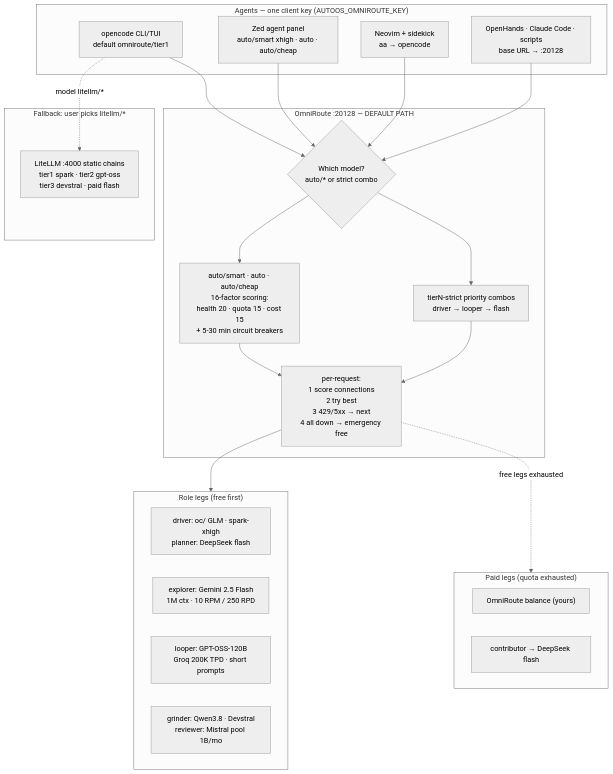
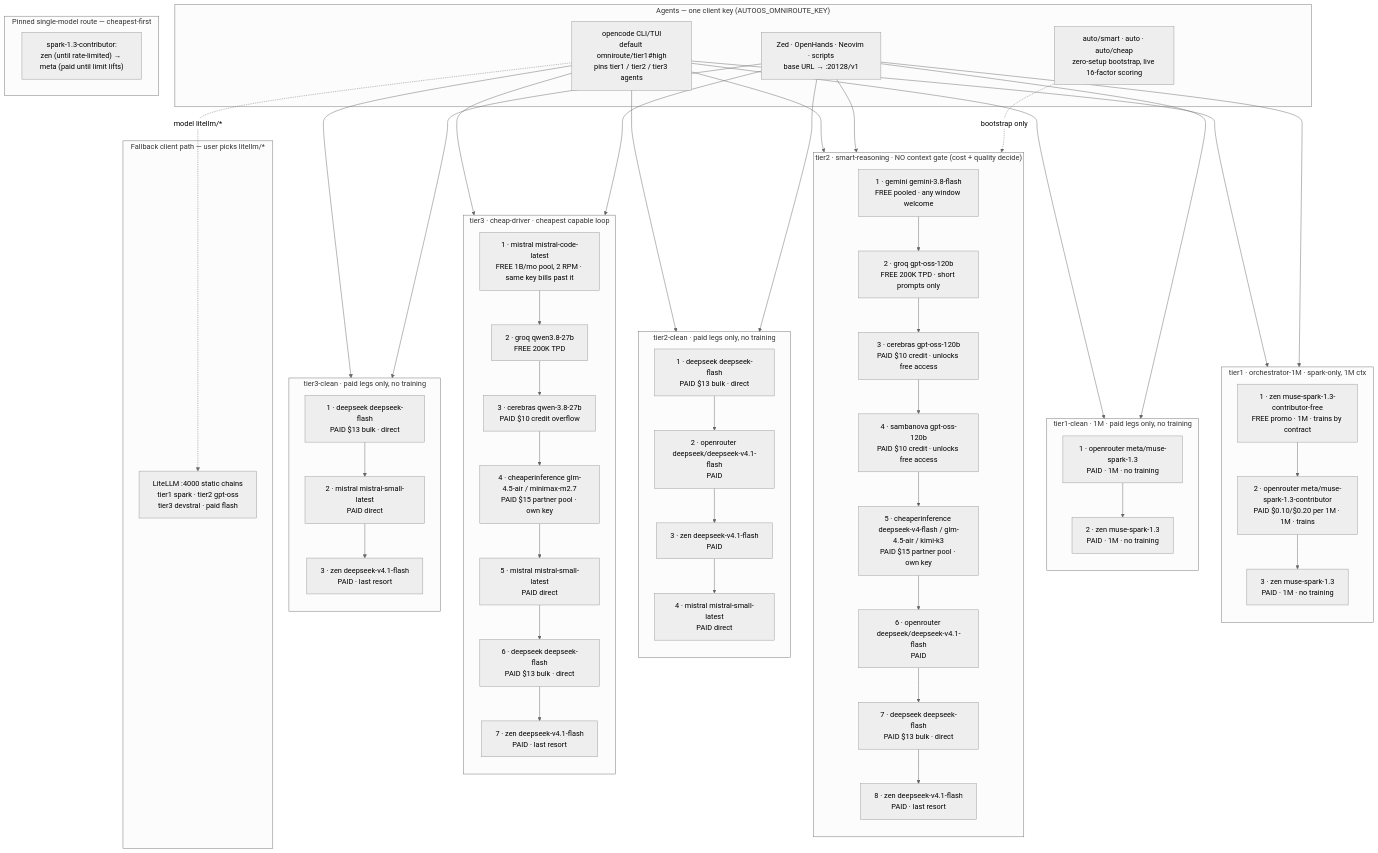
The diagram in docs/models.md (Ch3fUlrich/AutoOS), drawn with Mermaid (neutral theme) before and after one commit. The commit also changed other lines of this file, not shown here.

````diff
--- a/docs/models.md
+++ b/docs/models.md
@@ -245,34 +273,78 @@
 ```mermaid
 flowchart TB
     subgraph clients["Agents — one client key (AUTOOS_OMNIROUTE_KEY)"]
-        OC["opencode CLI/TUI\ndefault omniroute/tier1"]
-        ZED["Zed agent panel\nauto/smart xhigh · auto · auto/cheap"]
-        NV["Neovim + sidekick\n<leader>aa → opencode"]
-        OH["OpenHands · Claude Code · scripts\nbase URL → :20128"]
+        OC["opencode CLI/TUI\ndefault omniroute/tier1#high\npins tier1 / tier2 / tier3 agents"]
+        LB["Zed · OpenHands · Neovim · scripts\nbase URL → :20128/v1"]
+        AUTO["auto/smart · auto · auto/cheap\nzero-setup bootstrap, live 16-factor scoring"]
     end
-    subgraph or["OmniRoute :20128 — DEFAULT PATH"]
-        SEL{"Which model?\nauto/* or strict combo"}
-        AUTO["auto/smart · auto · auto/cheap\n16-factor scoring:\nhealth 20 · quota 15 · cost 15\n+ 5-30 min circuit breakers"]
-        PRI["tierN-strict priority combos\ndriver → looper → flash"]
-        SCORE["per-request:\n1 score connections\n2 try best\n3 429/5xx → next\n4 all down → emergency free"]
+
+    subgraph t1["tier1 · orchestrator-1M · spark-only, 1M ctx"]
+        direction TB
+        T1A["1 · zen muse-spark-1.3-contributor-free\nFREE promo · 1M · trains by contract"]
+        T1B["2 · openrouter meta/muse-spark-1.3-contributor\nPAID $0.10/$0.20 per 1M · 1M · trains"]
+        T1C["3 · zen muse-spark-1.3\nPAID · 1M · no training"]
+        T1A --> T1B --> T1C
     end
-    subgraph roles["Role legs (free first)"]
-        DRV["driver: oc/ GLM · spark-xhigh\nplanner: DeepSeek flash"]
-        EXP["explorer: Gemini 2.5 Flash\n1M ctx · 10 RPM / 250 RPD"]
-        LOOP["looper: GPT-OSS-120B\nGroq 200K TPD · short prompts"]
-        GRIND["grinder: Qwen3.8 · Devstral\nreviewer: Mistral pool 1B/mo"]
+
+    subgraph t1c["tier1-clean · 1M · paid legs only, no training"]
+        direction TB
+        T1CA["1 · openrouter meta/muse-spark-1.3\nPAID · 1M · no training"]
+        T1CB["2 · zen muse-spark-1.3\nPAID · 1M · no training"]
+        T1CA --> T1CB
     end
-    subgraph paid["Paid legs (quota exhausted)"]
-        BAL["OmniRoute balance (yours)"]
-        CON["contributor → DeepSeek flash"]
+
+    subgraph t2["tier2 · smart-reasoning · NO context gate (cost + quality decide)"]
+        direction TB
+        T2A["1 · gemini gemini-3.8-flash\nFREE pooled · any window welcome"]
+        T2B["2 · groq gpt-oss-120b\nFREE 200K TPD · short prompts only"]
+        T2C["3 · cerebras gpt-oss-120b\nPAID $10 credit · unlocks free access"]
+        T2D["4 · sambanova gpt-oss-120b\nPAID $10 credit · unlocks free access"]
+        T2E["5 · cheaperinference deepseek-v4-flash / glm-4.5-air / kimi-k3\nPAID $15 partner pool · own key"]
+        T2F["6 · openrouter deepseek/deepseek-v4.1-flash\nPAID"]
+        T2G["7 · deepseek deepseek-flash\nPAID $13 bulk · direct"]
+        T2H["8 · zen deepseek-v4.1-flash\nPAID · last resort"]
+        T2A --> T2B --> T2C --> T2D --> T2E --> T2F --> T2G --> T2H
     end
-    subgraph fb["Fallback: user picks litellm/*"]
+
+    subgraph t2c["tier2-clean · paid legs only, no training"]
+        direction TB
+        T2CA["1 · deepseek deepseek-flash\nPAID $13 bulk · direct"]
+        T2CB["2 · openrouter deepseek/deepseek-v4.1-flash\nPAID"]
+        T2CC["3 · zen deepseek-v4.1-flash\nPAID"]
+        T2CD["4 · mistral mistral-small-latest\nPAID direct"]
+        T2CA --> T2CB --> T2CC --> T2CD
+    end
+
+    subgraph t3["tier3 · cheap-driver · cheapest capable loop"]
+        direction TB
+        T3A["1 · mistral mistral-code-latest\nFREE 1B/mo pool, 2 RPM · same key bills past it"]
+        T3B["2 · groq qwen3.8-27b\nFREE 200K TPD"]
+        T3C["3 · cerebras qwen-3.8-27b\nPAID $10 credit overflow"]
+        T3D["4 · cheaperinference glm-4.5-air / minimax-m2.7\nPAID $15 partner pool · own key"]
+        T3E["5 · mistral mistral-small-latest\nPAID direct"]
+        T3F["6 · deepseek deepseek-flash\nPAID $13 bulk · direct"]
+        T3G["7 · zen deepseek-v4.1-flash\nPAID · last resort"]
+        T3A --> T3B --> T3C --> T3D --> T3E --> T3F --> T3G
+    end
+
+    subgraph t3c["tier3-clean · paid legs only, no training"]
+        direction TB
+        T3CA["1 · deepseek deepseek-flash\nPAID $13 bulk · direct"]
+        T3CB["2 · mistral mistral-small-latest\nPAID direct"]
+        T3CC["3 · zen deepseek-v4.1-flash\nPAID · last resort"]
+        T3CA --> T3CB --> T3CC
+    end
+
+    subgraph single["Pinned single-model route — cheapest-first"]
+        SP["spark-1.3-contributor:\nzen (until rate-limited) → meta (paid until limit lifts)"]
+    end
+
+    subgraph fb["Fallback client path — user picks litellm/*"]
         LT["LiteLLM :4000 static chains\ntier1 spark · tier2 gpt-oss\ntier3 devstral · paid flash"]
     end
-    OC & ZED & NV & OH --> SEL
-    SEL --> AUTO & PRI
-    AUTO & PRI --> SCORE
-    SCORE --> roles
-    SCORE -. "free legs exhausted" .-> paid
+
+    OC --> t1 & t1c & t2 & t2c & t3 & t3c
+    LB --> t1 & t1c & t2 & t2c & t3 & t3c
+    AUTO -. "bootstrap only" .-> t2
     OC -. "model litellm/*" .-> LT
 ```
````
